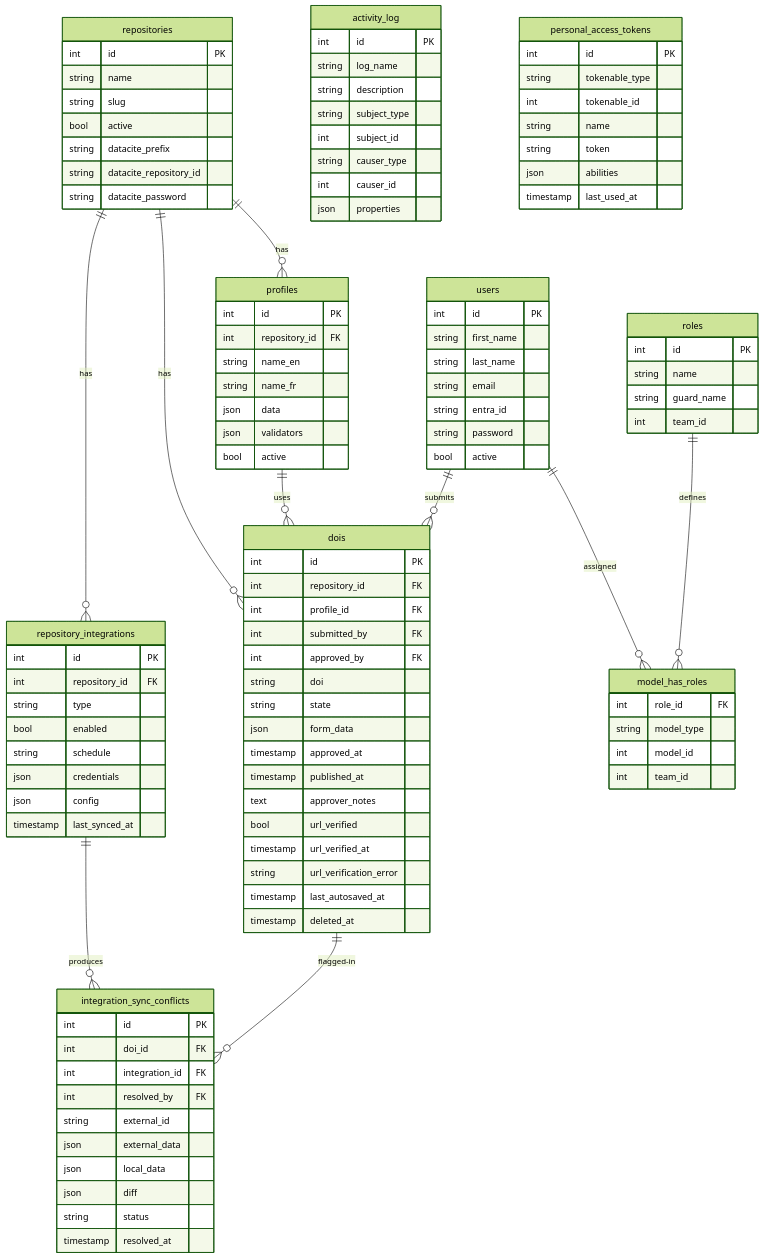
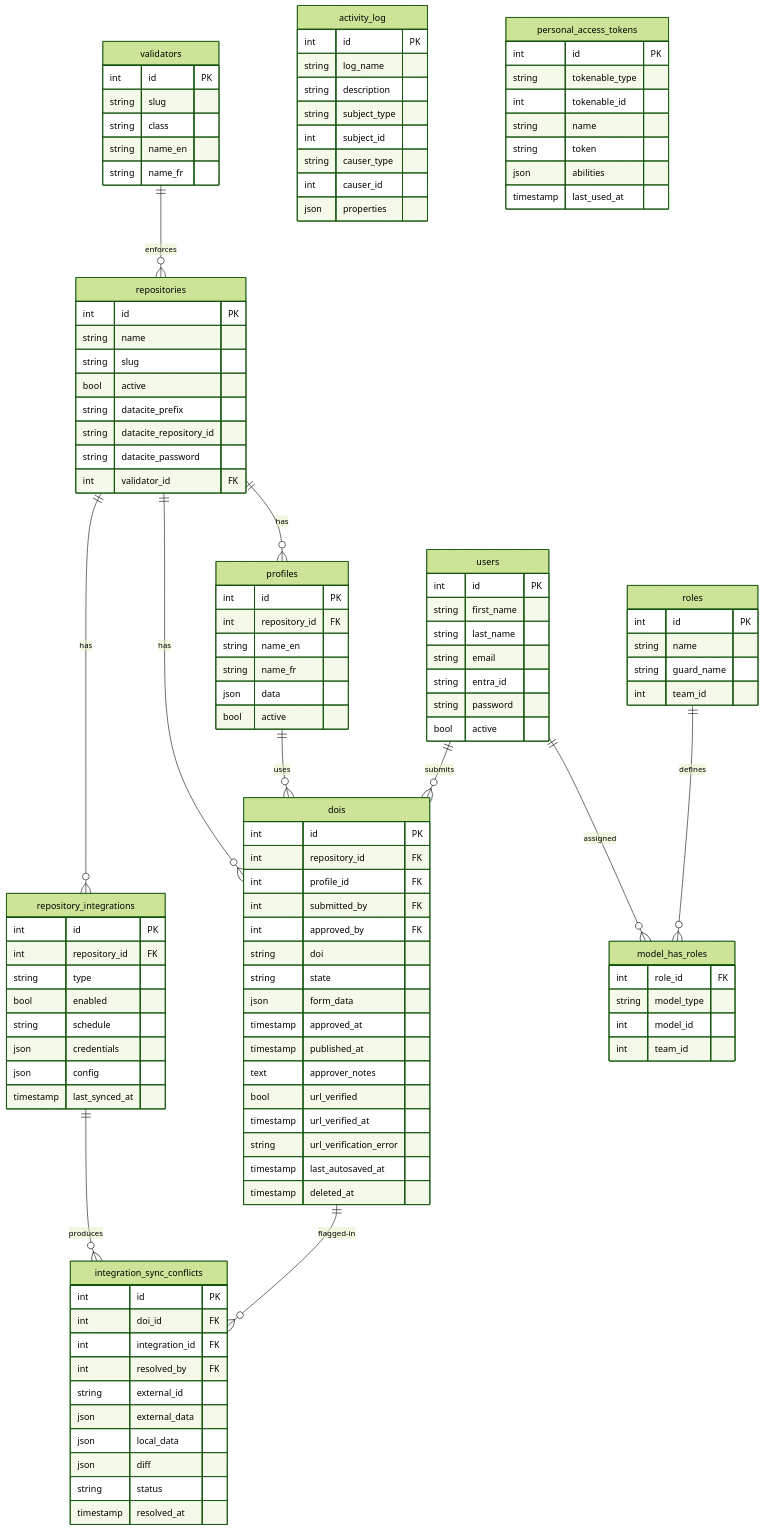
Before and after one commit to dfo-osdt/doi-forge: the diagram in docs/design.md, drawn with Mermaid (forest theme). The commit also changed other lines of this file, not shown here.

Commit message:
docs: update with validators

```diff
--- a/docs/design.md
+++ b/docs/design.md
@@ -1247,6 +1310,14 @@
     string datacite_prefix
     string datacite_repository_id
     string datacite_password
+    int validator_id FK
+  }
+  validators {
+    int id PK
+    string slug
+    string class
+    string name_en
+    string name_fr
   }
   profiles {
     int id PK
@@ -1254,7 +1325,6 @@
     string name_en
     string name_fr
     json data
-    json validators
     bool active
   }
   dois {
@@ -1328,6 +1398,7 @@
     int model_id
     int team_id
   }
+  validators ||--o{ repositories : "enforces"
   repositories ||--o{ profiles : "has"
   repositories ||--o{ dois : "has"
   repositories ||--o{ repository_integrations : "has"
```
